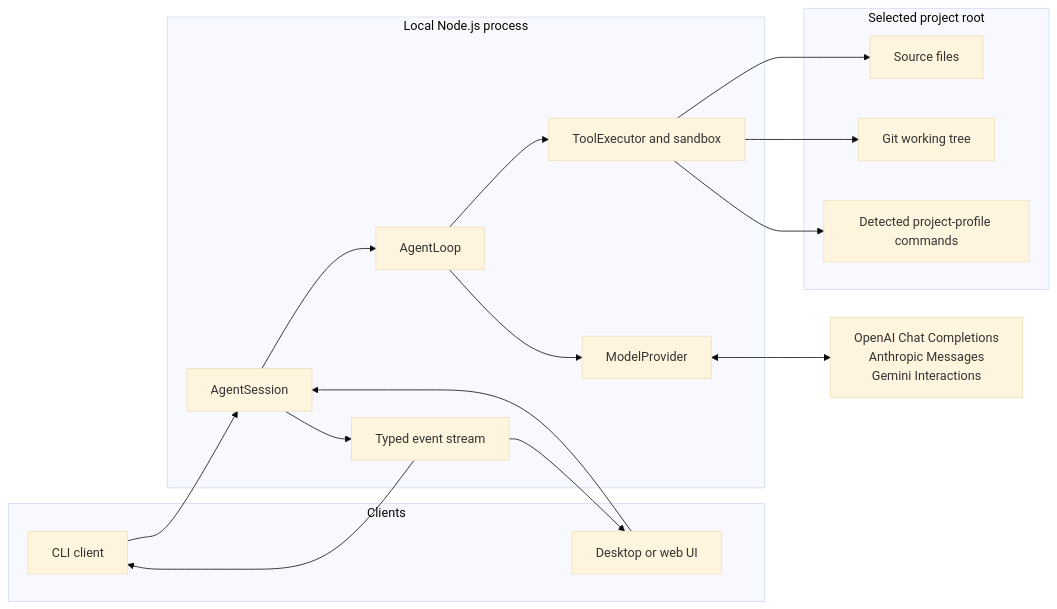
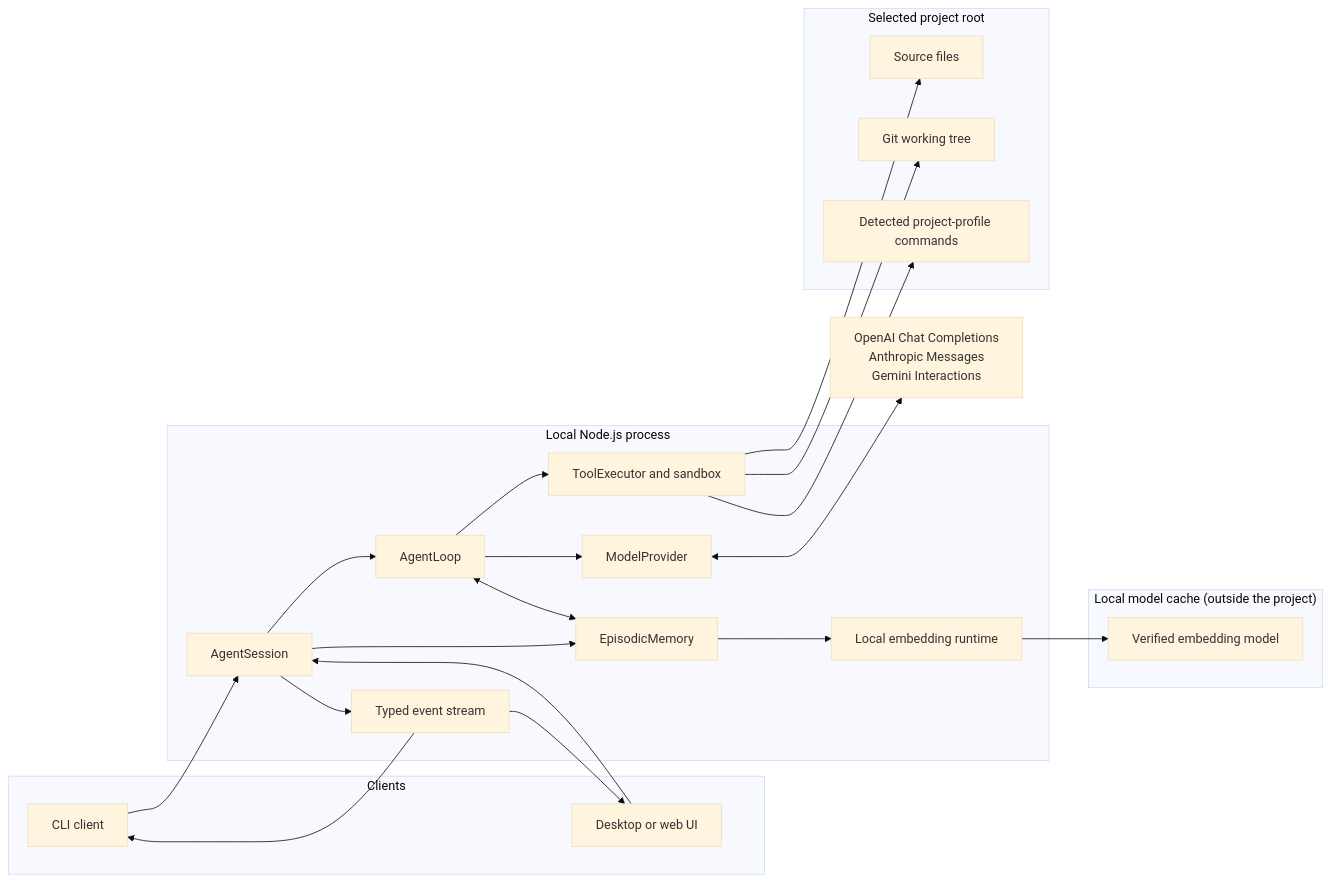
Before and after one commit to cyonix/codesmith: the first of 2 diagrams in ARCHITECTURE.md, drawn with Mermaid (base theme). The commit also changed other lines of this file, not shown here.

Commit message:
docs: add semantic memory diagrams

````diff
--- a/ARCHITECTURE.md
+++ b/ARCHITECTURE.md
@@ -33,36 +33,46 @@
 ```mermaid
 flowchart LR
   subgraph Clients
     CLI[CLI client]
     UI[Desktop or web UI]
   end
 
   subgraph Local["Local Node.js process"]
     Session[AgentSession]
     Loop[AgentLoop]
+    Memory[EpisodicMemory]
+    Embedding[Local embedding runtime]
     Events[Typed event stream]
     Tools[ToolExecutor and sandbox]
     Provider[ModelProvider]
+  end
+
+  subgraph MemoryCache["Local model cache (outside the project)"]
+    Cache[Verified embedding model]
   end
 
   subgraph Workspace["Selected project root"]
     Files[Source files]
     Git[Git working tree]
     Commands[Detected project-profile commands]
   end
 
   Model[OpenAI Chat Completions\nAnthropic Messages\nGemini Interactions]
 
   CLI --> Session
   UI --> Session
   Session --> Loop
   Session --> Events
+  Session --> Memory
+  Loop <--> Memory
+  Memory --> Embedding
+  Embedding --> Cache
   Loop --> Provider
   Provider <--> Model
   Loop --> Tools
   Tools --> Files
   Tools --> Git
   Tools --> Commands
   Events --> CLI
   Events --> UI
 ```
````
